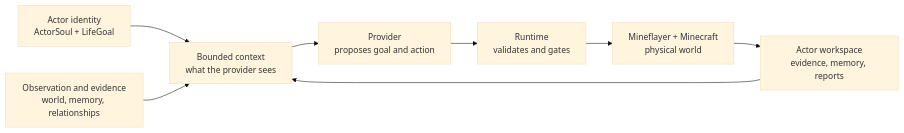
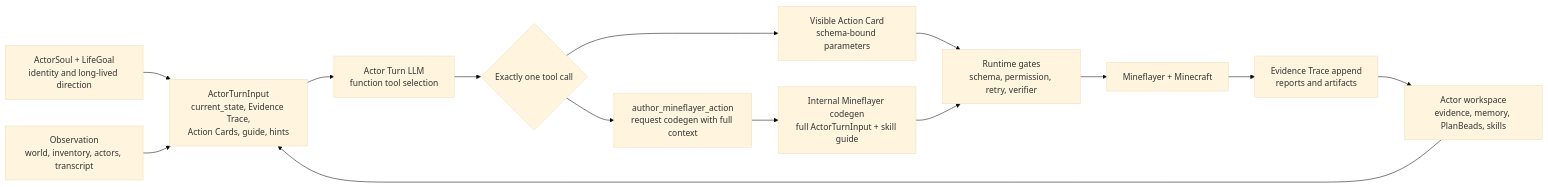
One commit to gigio1023/minecraft-llm-agent-community changed the first of 6 diagrams in CURRENT_IMPLEMENTATION_ARCHITECTURE_REVIEW.md. Above: the diagram before and after it, drawn with Mermaid (base theme). The commit also changed other lines of this file and 218 other files, not shown here.

Commit message:
Align Actor Turn tool calling runtime

````diff
--- a/CURRENT_IMPLEMENTATION_ARCHITECTURE_REVIEW.md
+++ b/CURRENT_IMPLEMENTATION_ARCHITECTURE_REVIEW.md
@@ -40,18 +37,23 @@
 ```mermaid
 flowchart LR
-  Soul["Actor identity<br/>ActorSoul + LifeGoal"]
-  Observation["Observation and evidence<br/>world, memory, relationships"]
-  Context["Bounded context<br/>what the provider sees"]
-  Provider["Provider<br/>proposes goal and action"]
-  Runtime["Runtime<br/>validates and gates"]
-  Minecraft["Mineflayer + Minecraft<br/>physical world"]
-  Workspace["Actor workspace<br/>evidence, memory, reports"]
+  Soul["ActorSoul + LifeGoal<br/>identity and long-lived direction"]
+  Workspace["Actor workspace<br/>evidence, memory, PlanBeads, skills"]
+  Observe["Observation<br/>world, inventory, actors, transcript"]
+  Input["ActorTurnInput<br/>current_state, Evidence Trace,<br/>Action Cards, guide, hints"]
+  LLM["Actor Turn LLM<br/>function tool selection"]
+  Choice{"Exactly one tool call"}
+  Card["Visible Action Card<br/>schema-bound parameters"]
+  Author["author_mineflayer_action<br/>request codegen with full context"]
+  Runtime["Runtime gates<br/>schema, permission, retry, verifier"]
+  Codegen["Internal Mineflayer codegen<br/>full ActorTurnInput + skill guide"]
+  MC["Mineflayer + Minecraft"]
+  Evidence["Evidence Trace append<br/>reports and artifacts"]
 
-  Soul --> Context
-  Observation --> Context
-  Workspace --> Context
-  Context --> Provider
-  Provider --> Runtime
-  Runtime --> Minecraft
-  Minecraft --> Workspace
+  Soul --> Input
+  Workspace --> Input
+  Observe --> Input
+  Input --> LLM --> Choice
+  Choice --> Card --> Runtime
+  Choice --> Author --> Codegen --> Runtime
+  Runtime --> MC --> Evidence --> Workspace
 ```
````
